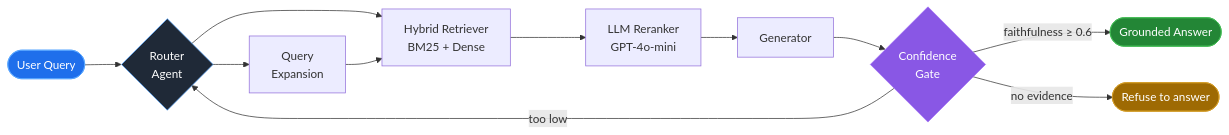
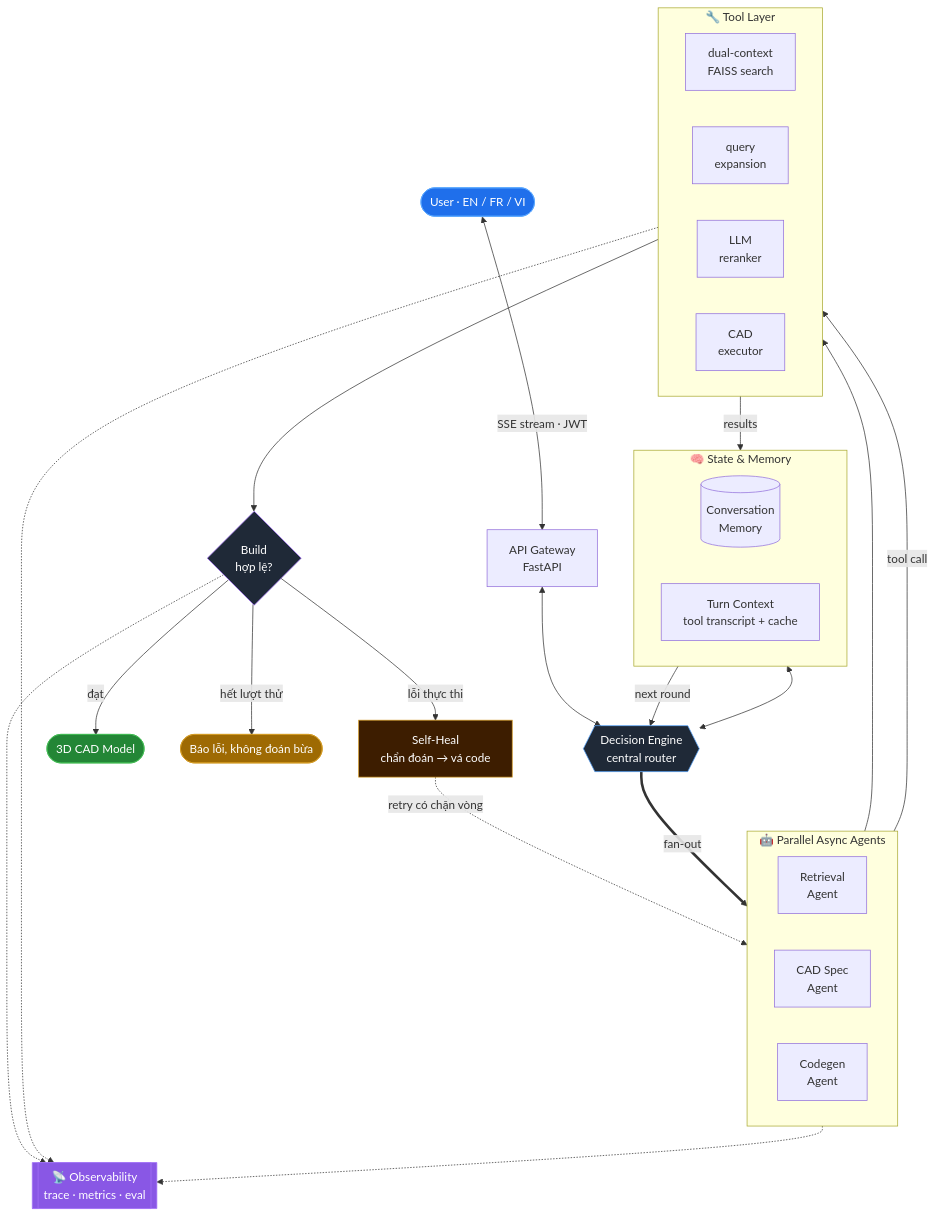
The diagram in README.md (vinhhuy12/vinhhuy12), drawn with Mermaid before and after one commit. The commit also changed other lines of this file and 1 other file, not shown here.

Commit message:
Doi kien truc sang agentic loop, sua widget chet, them contribution 2026
- Ve lai so do: tool-calling loop co chan so vong + state qua nhieu luot
  + observability, thay cho RAG pipeline tuyen tinh kieu cu
- Bo 2 widget tra HTTP 402 (activity-graph, trophy) va doi instance
  github-readme-stats dang tra 503 sang mirror con song
- Them badge contribution 2026 + bieu do ghchart 12 thang
- Snake: mau khop theme, concurrency guard, cache-bust param

````diff
--- a/README.md
+++ b/README.md
@@ -48,19 +51,54 @@
 ```mermaid
-flowchart LR
-    Q([User Query]) --> R{Router<br/>Agent}
-    R --> QE[Query<br/>Expansion]
-    R --> HR[Hybrid Retriever<br/>BM25 + Dense]
-    QE --> HR
-    HR --> RR[LLM Reranker<br/>GPT-4o-mini]
-    RR --> G[Generator]
-    G --> CG{Confidence<br/>Gate}
-    CG -->|faithfulness ≥ 0.6| A([Grounded Answer])
-    CG -->|too low| R
-    CG -->|no evidence| REF([Refuse to answer])
+flowchart TB
+    U(["User · EN / FR / VI"]):::ext
 
-    style Q fill:#1f6feb,stroke:#58a6ff,color:#fff
-    style A fill:#238636,stroke:#3fb950,color:#fff
-    style REF fill:#9e6a03,stroke:#d29922,color:#fff
-    style CG fill:#8957e5,stroke:#a371f7,color:#fff
-    style R fill:#1f2937,stroke:#58a6ff,color:#fff
+    U <-->|SSE stream · JWT| GW[API Gateway<br/>FastAPI]
+    GW <--> DE{{Decision Engine<br/>central router}}
+
+    subgraph STATE["🧠 State & Memory"]
+        direction LR
+        CM[(Conversation<br/>Memory)]
+        TC["Turn Context<br/>tool transcript + cache"]
+    end
+
+    subgraph AGENTS["🤖 Parallel Async Agents"]
+        direction LR
+        A1[Retrieval<br/>Agent]
+        A2[CAD Spec<br/>Agent]
+        A3[Codegen<br/>Agent]
+    end
+
+    subgraph TOOLS["🔧 Tool Layer"]
+        direction LR
+        T1["dual-context<br/>FAISS search"]
+        T2[query<br/>expansion]
+        T3[LLM<br/>reranker]
+        T4[CAD<br/>executor]
+    end
+
+    DE <--> STATE
+    DE ==>|fan-out| AGENTS
+    AGENTS -->|tool call| TOOLS
+    TOOLS -->|results| TC
+    TC -->|next round| DE
+
+    A3 --> T4
+    T4 --> CHK{Build<br/>hợp lệ?}
+    CHK -->|lỗi thực thi| HEAL["Self-Heal<br/>chẩn đoán → vá code"]
+    HEAL -.->|retry có chặn vòng| A3
+    CHK -->|đạt| OUT(["3D CAD Model"]):::ok
+    CHK -->|hết lượt thử| STOP(["Báo lỗi, không đoán bừa"]):::warn
+
+    OBS[["📡 Observability<br/>trace · metrics · eval"]]:::obs
+    AGENTS -.-> OBS
+    TOOLS -.-> OBS
+    CHK -.-> OBS
+
+    classDef ext fill:#1f6feb,stroke:#58a6ff,color:#fff
+    classDef ok fill:#238636,stroke:#3fb950,color:#fff
+    classDef warn fill:#9e6a03,stroke:#d29922,color:#fff
+    classDef obs fill:#8957e5,stroke:#a371f7,color:#fff
+    style DE fill:#1f2937,stroke:#58a6ff,color:#fff
+    style CHK fill:#1f2937,stroke:#a371f7,color:#fff
+    style HEAL fill:#3d1d00,stroke:#d29922,color:#fff
 ```
````
